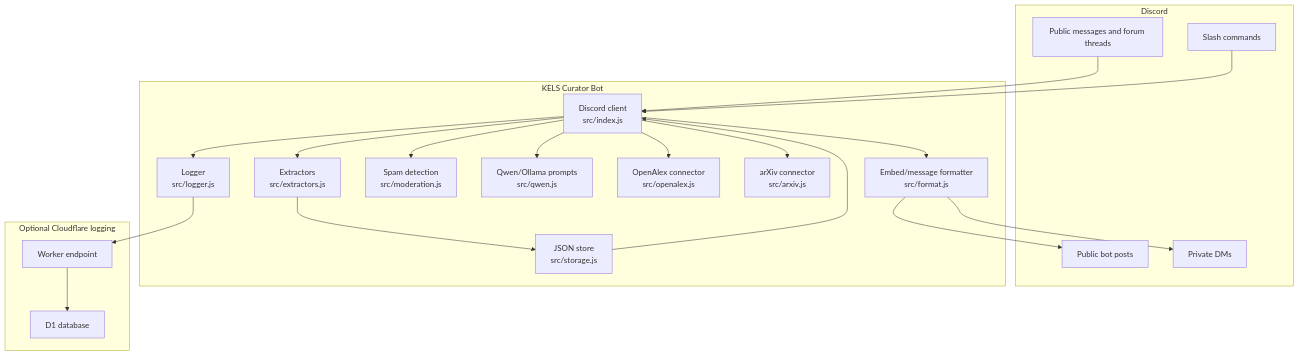
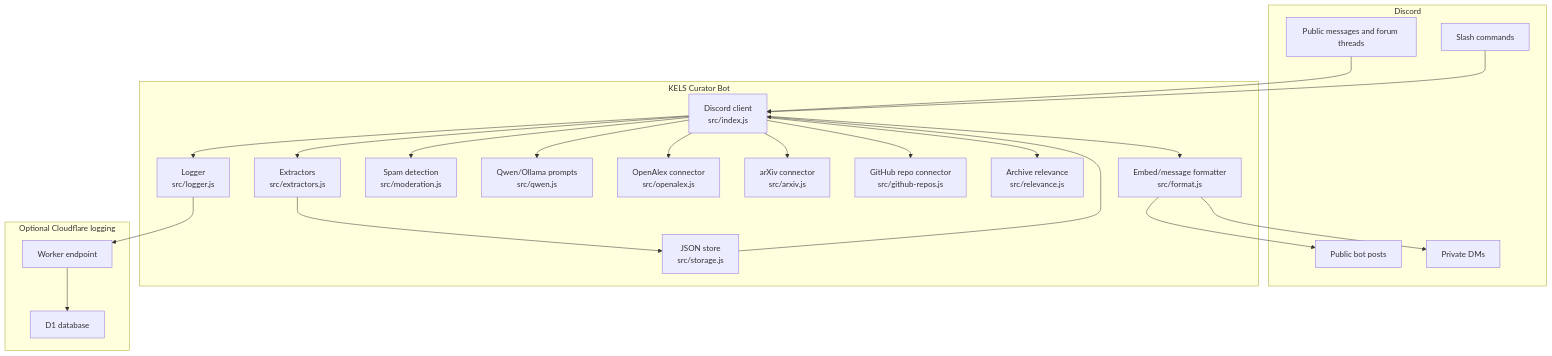
One commit to Educatian/kels-curator-bot changed the first of 5 diagrams in docs/ARCHITECTURE.md. Above: the diagram before and after it, drawn with Mermaid. The commit also changed other lines of this file and 21 other files, not shown here.

````diff
--- a/docs/ARCHITECTURE.md
+++ b/docs/ARCHITECTURE.md
@@ -9,42 +9,46 @@
 ```mermaid
 flowchart TD
   subgraph Discord
     Messages["Public messages and forum threads"]
     Slash["Slash commands"]
     SchedulesOut["Public bot posts"]
     DMs["Private DMs"]
   end
 
   subgraph Bot["KELS Curator Bot"]
     Client["Discord client<br/>src/index.js"]
     Extractors["Extractors<br/>src/extractors.js"]
     Store["JSON store<br/>src/storage.js"]
     Format["Embed/message formatter<br/>src/format.js"]
     Moderation["Spam detection<br/>src/moderation.js"]
     Qwen["Qwen/Ollama prompts<br/>src/qwen.js"]
     OpenAlex["OpenAlex connector<br/>src/openalex.js"]
     Arxiv["arXiv connector<br/>src/arxiv.js"]
+    GitHub["GitHub repo connector<br/>src/github-repos.js"]
+    Relevance["Archive relevance<br/>src/relevance.js"]
     Logger["Logger<br/>src/logger.js"]
   end
 
   subgraph OptionalCloud["Optional Cloudflare logging"]
     Worker["Worker endpoint"]
     D1["D1 database"]
   end
 
   Messages --> Client
   Slash --> Client
   Client --> Moderation
   Client --> Extractors
   Extractors --> Store
   Store --> Client
   Client --> Qwen
   Client --> OpenAlex
   Client --> Arxiv
+  Client --> GitHub
+  Client --> Relevance
   Client --> Format
   Format --> SchedulesOut
   Format --> DMs
   Client --> Logger
   Logger --> Worker
   Worker --> D1
 ```
````
